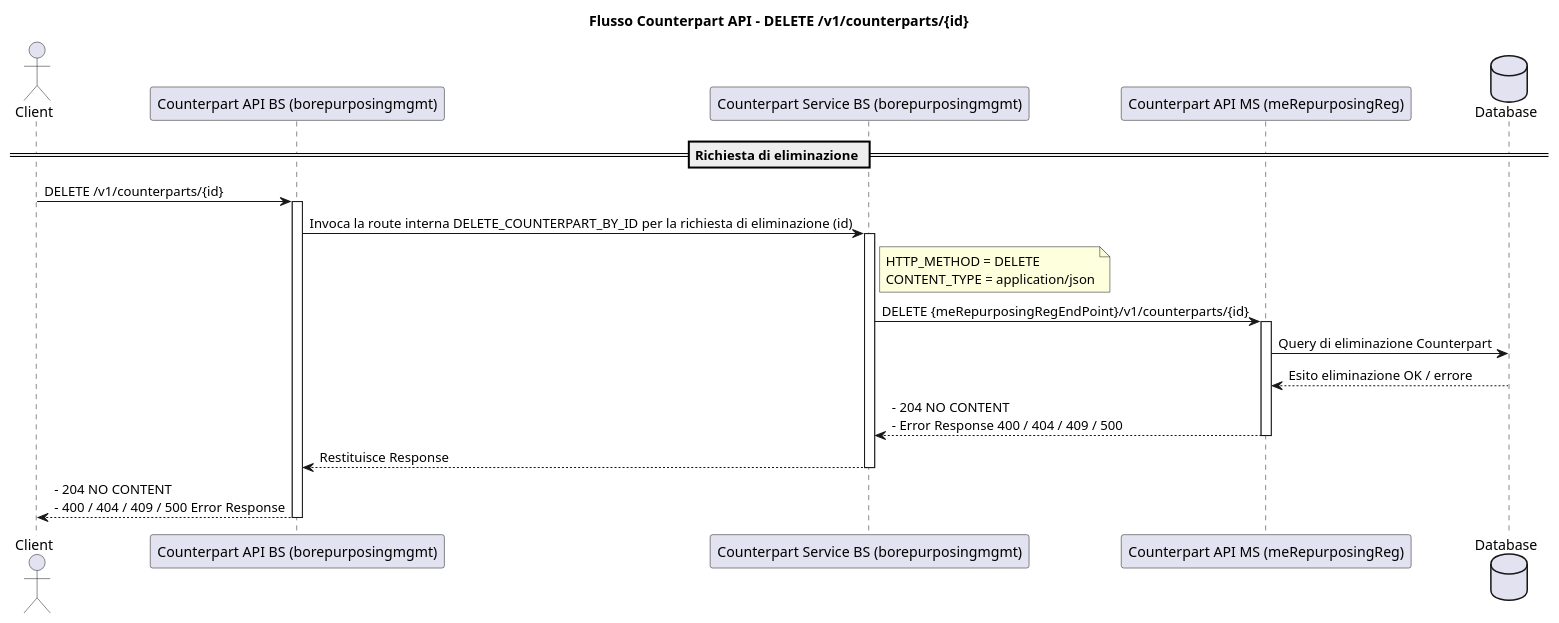
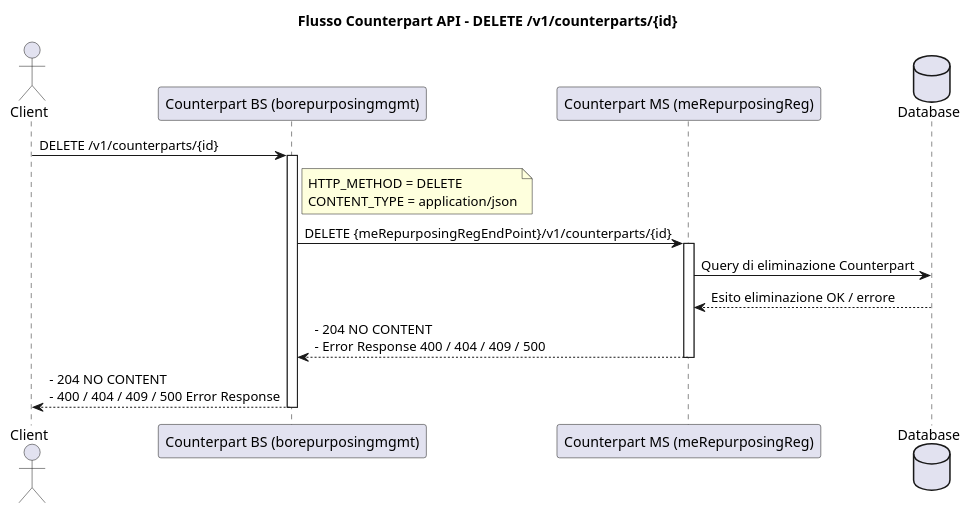
Before and after one commit to Tonio-D-San/MdToOther: the diagram in Documentazione/Counterpart/snippets/delete_v1_counterparts_id.puml, drawn with PlantUML. The commit also changed 10 other files, not shown here.

Commit message:
refactor: update documentation for Counterpart and Plant APIs to reflect microservice architecture changes

```diff
--- a/Documentazione/Counterpart/snippets/delete_v1_counterparts_id.puml
+++ b/Documentazione/Counterpart/snippets/delete_v1_counterparts_id.puml
@@ -1,36 +1,28 @@
 @startuml
 title Flusso Counterpart API - DELETE /v1/counterparts/{id}
 
 actor Client as C
-participant "Counterpart API BS (borepurposingmgmt)" as API_BS
-participant "Counterpart Service BS (borepurposingmgmt)" as Service_BS
-participant "Counterpart API MS (meRepurposingReg)" as API_MS
+participant "Counterpart BS (borepurposingmgmt)" as BS
+participant "Counterpart MS (meRepurposingReg)" as MS
 database "Database" as DB
 
-== Richiesta di eliminazione ==
-C -> API_BS : DELETE /v1/counterparts/{id}
-activate API_BS
+C -> BS : DELETE /v1/counterparts/{id}
+activate BS
 
-API_BS -> Service_BS : Invoca la route interna DELETE_COUNTERPART_BY_ID per la richiesta di eliminazione (id)
-activate Service_BS
-
-note right of Service_BS
+note right of BS
 HTTP_METHOD = DELETE
 CONTENT_TYPE = application/json
 end note
 
-Service_BS -> API_MS : DELETE {meRepurposingRegEndPoint}/v1/counterparts/{id}
-activate API_MS
+BS -> MS : DELETE {meRepurposingRegEndPoint}/v1/counterparts/{id}
+activate MS
 
-API_MS -> DB : Query di eliminazione Counterpart
-DB --> API_MS : Esito eliminazione OK / errore
-API_MS --> Service_BS : - 204 NO CONTENT \n- Error Response 400 / 404 / 409 / 500 
-deactivate API_MS
+MS -> DB : Query di eliminazione Counterpart
+DB --> MS : Esito eliminazione OK / errore
+MS --> BS : - 204 NO CONTENT \n- Error Response 400 / 404 / 409 / 500 
+deactivate MS
 
-Service_BS --> API_BS : Restituisce Response
-deactivate Service_BS
-
-API_BS --> C : - 204 NO CONTENT \n- 400 / 404 / 409 / 500 Error Response 
-deactivate API_BS
+BS --> C : - 204 NO CONTENT \n- 400 / 404 / 409 / 500 Error Response 
+deactivate BS
 
 @enduml
```
